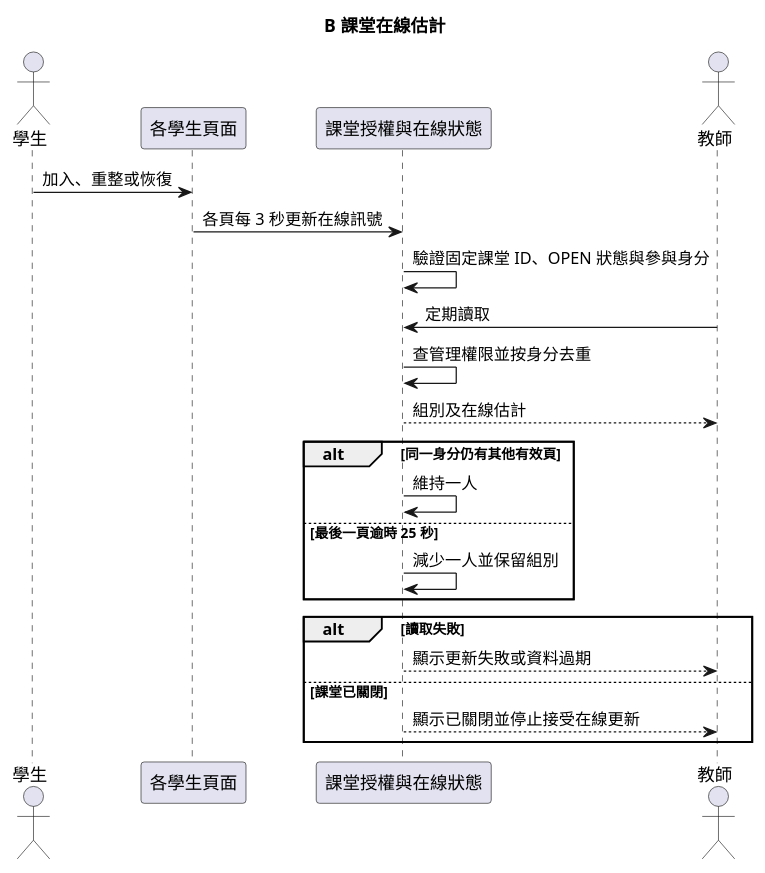
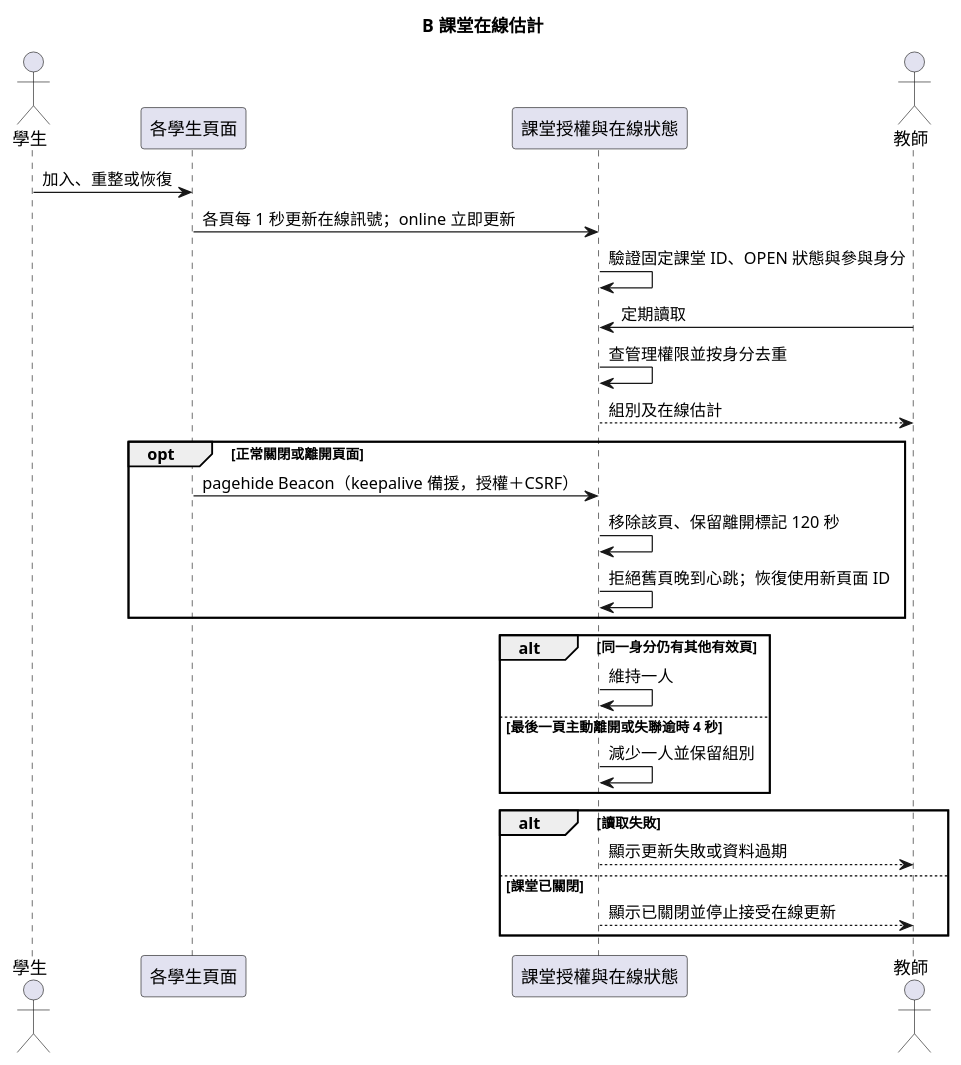
One commit to Afra0704/se2026-group20-speckit changed the diagram in diagrams/010-presence-sequence.puml. Above: the diagram before and after it, drawn with PlantUML. The commit also changed 41 other files, not shown here.

```diff
--- a/diagrams/010-presence-sequence.puml
+++ b/diagrams/010-presence-sequence.puml
@@ -1,23 +1,28 @@
 @startuml
 title B 課堂在線估計
 actor 學生
 participant "各學生頁面" as Tabs
 participant "課堂授權與在線狀態" as Presence
 actor 教師
 學生 -> Tabs : 加入、重整或恢復
-Tabs -> Presence : 各頁每 3 秒更新在線訊號
+Tabs -> Presence : 各頁每 1 秒更新在線訊號；online 立即更新
 Presence -> Presence : 驗證固定課堂 ID、OPEN 狀態與參與身分
 教師 -> Presence : 定期讀取
 Presence -> Presence : 查管理權限並按身分去重
 Presence --> 教師 : 組別及在線估計
+opt 正常關閉或離開頁面
+  Tabs -> Presence : pagehide Beacon（keepalive 備援，授權＋CSRF）
+  Presence -> Presence : 移除該頁、保留離開標記 120 秒
+  Presence -> Presence : 拒絕舊頁晚到心跳；恢復使用新頁面 ID
+end
 alt 同一身分仍有其他有效頁
   Presence -> Presence : 維持一人
-else 最後一頁逾時 25 秒
+else 最後一頁主動離開或失聯逾時 4 秒
   Presence -> Presence : 減少一人並保留組別
 end
 alt 讀取失敗
   Presence --> 教師 : 顯示更新失敗或資料過期
 else 課堂已關閉
   Presence --> 教師 : 顯示已關閉並停止接受在線更新
 end
 @enduml
```
